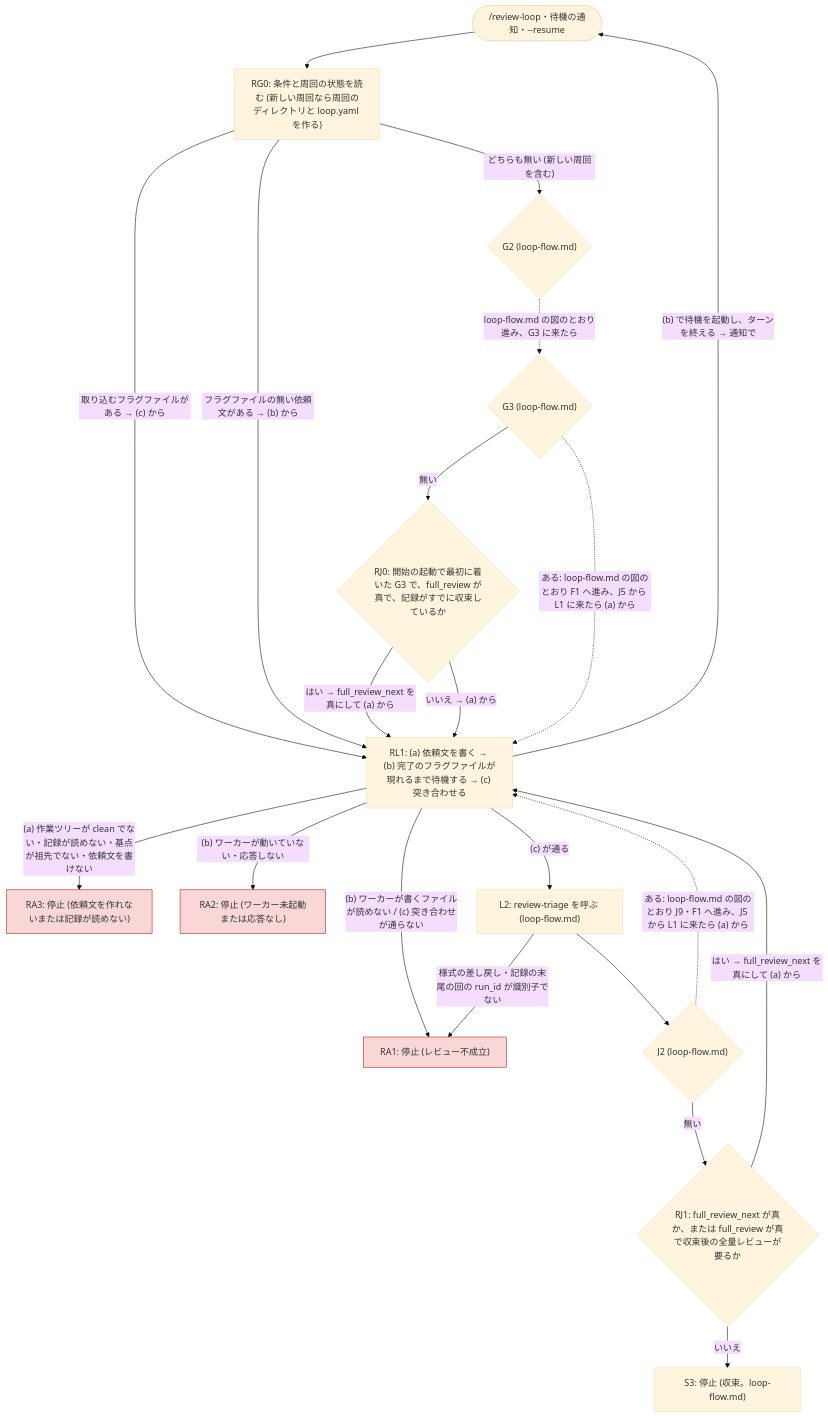
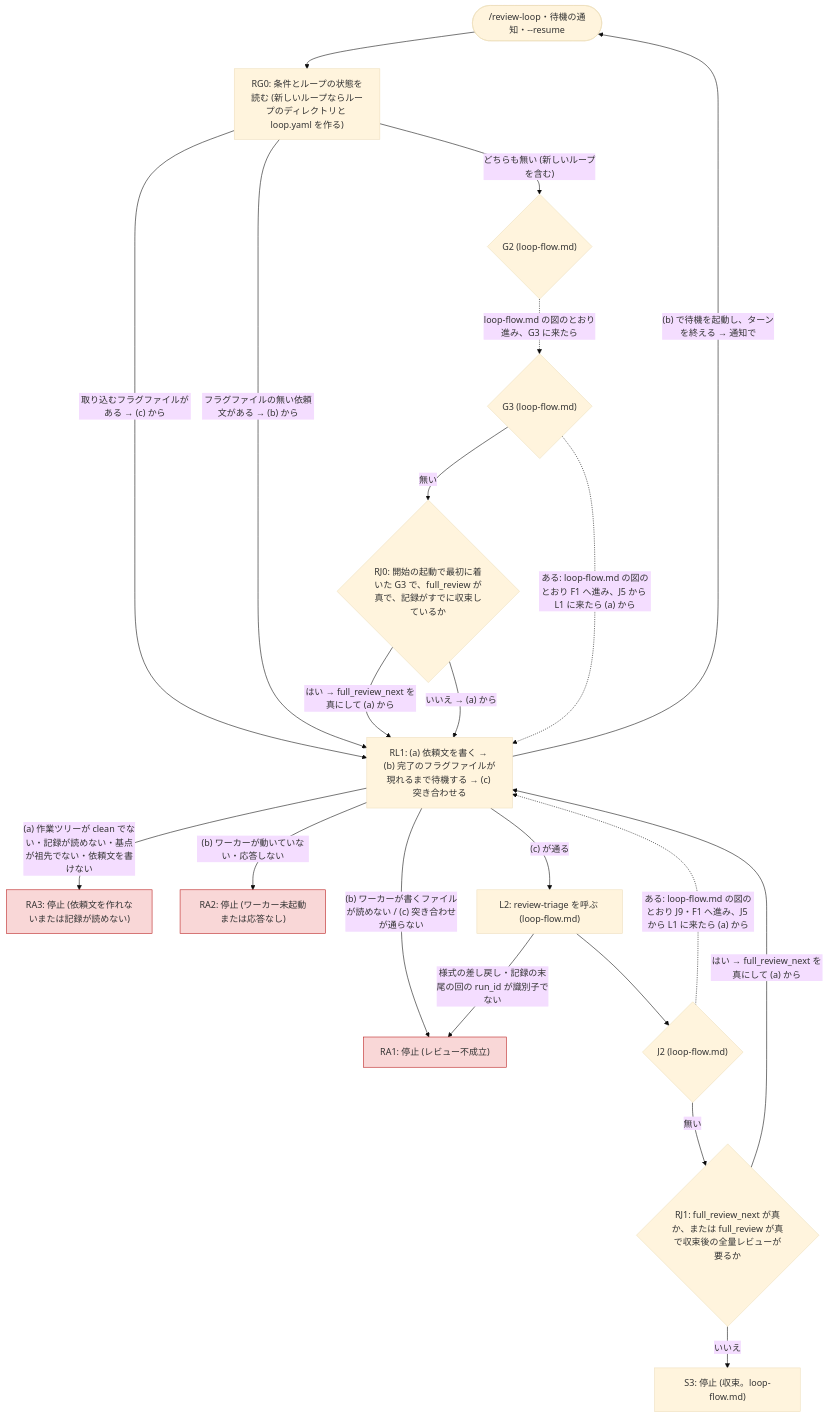
Before and after one commit to akm/claude-plugins: the diagram in review-triage/skills/review-loop/references/stops.md, drawn with Mermaid (base theme). The commit also changed other lines of this file and 18 other files, not shown here.

````diff
--- a/review-triage/skills/review-loop/references/stops.md
+++ b/review-triage/skills/review-loop/references/stops.md
@@ -12,41 +12,41 @@
 ```mermaid
 flowchart TD
   IN(["/review-loop・待機の通知・--resume"])
-  RG0["RG0: 条件と周回の状態を読む (新しい周回なら周回のディレクトリと loop.yaml を作る)"]
+  RG0["RG0: 条件とループの状態を読む (新しいループならループのディレクトリと loop.yaml を作る)"]
   RL1["RL1: (a) 依頼文を書く → (b) 完了のフラグファイルが現れるまで待機する → (c) 突き合わせる"]
   G2{"G2 (loop-flow.md)"}
   G3{"G3 (loop-flow.md)"}
   RJ0{"RJ0: 開始の起動で最初に着いた G3 で、full_review が真で、記録がすでに収束しているか"}
   L2["L2: review-triage を呼ぶ (loop-flow.md)"]
   J2{"J2 (loop-flow.md)"}
   RJ1{"RJ1: full_review_next が真か、または full_review が真で収束後の全量レビューが要るか"}
   S3["S3: 停止 (収束。loop-flow.md)"]
   RA1["RA1: 停止 (レビュー不成立)"]
   RA2["RA2: 停止 (ワーカー未起動または応答なし)"]
   RA3["RA3: 停止 (依頼文を作れないまたは記録が読めない)"]
 
   IN --> RG0
   RG0 -- "取り込むフラグファイルがある → (c) から" --> RL1
   RG0 -- "フラグファイルの無い依頼文がある → (b) から" --> RL1
-  RG0 -- "どちらも無い (新しい周回を含む)" --> G2
+  RG0 -- "どちらも無い (新しいループを含む)" --> G2
   G2 -. "loop-flow.md の図のとおり進み、G3 に来たら" .-> G3
   G3 -- 無い --> RJ0
   G3 -. "ある: loop-flow.md の図のとおり F1 へ進み、J5 から L1 に来たら (a) から" .-> RL1
   RJ0 -- "はい → full_review_next を真にして (a) から" --> RL1
   RJ0 -- "いいえ → (a) から" --> RL1
   RL1 -- "(b) で待機を起動し、ターンを終える → 通知で" --> IN
   RL1 -- "(a) 作業ツリーが clean でない・記録が読めない・基点が祖先でない・依頼文を書けない" --> RA3
   RL1 -- "(b) ワーカーが動いていない・応答しない" --> RA2
   RL1 -- "(b) ワーカーが書くファイルが読めない / (c) 突き合わせが通らない" --> RA1
   RL1 -- "(c) が通る" --> L2
   L2 -- "様式の差し戻し・記録の末尾の回の run_id が識別子でない" --> RA1
   L2 --> J2
   J2 -. "ある: loop-flow.md の図のとおり J9・F1 へ進み、J5 から L1 に来たら (a) から" .-> RL1
   J2 -- 無い --> RJ1
   RJ1 -- "はい → full_review_next を真にして (a) から" --> RL1
   RJ1 -- いいえ --> S3
 
   style RA1 fill:#dc26262e,stroke:#b91c1c
   style RA2 fill:#dc26262e,stroke:#b91c1c
   style RA3 fill:#dc26262e,stroke:#b91c1c
 ```
````
